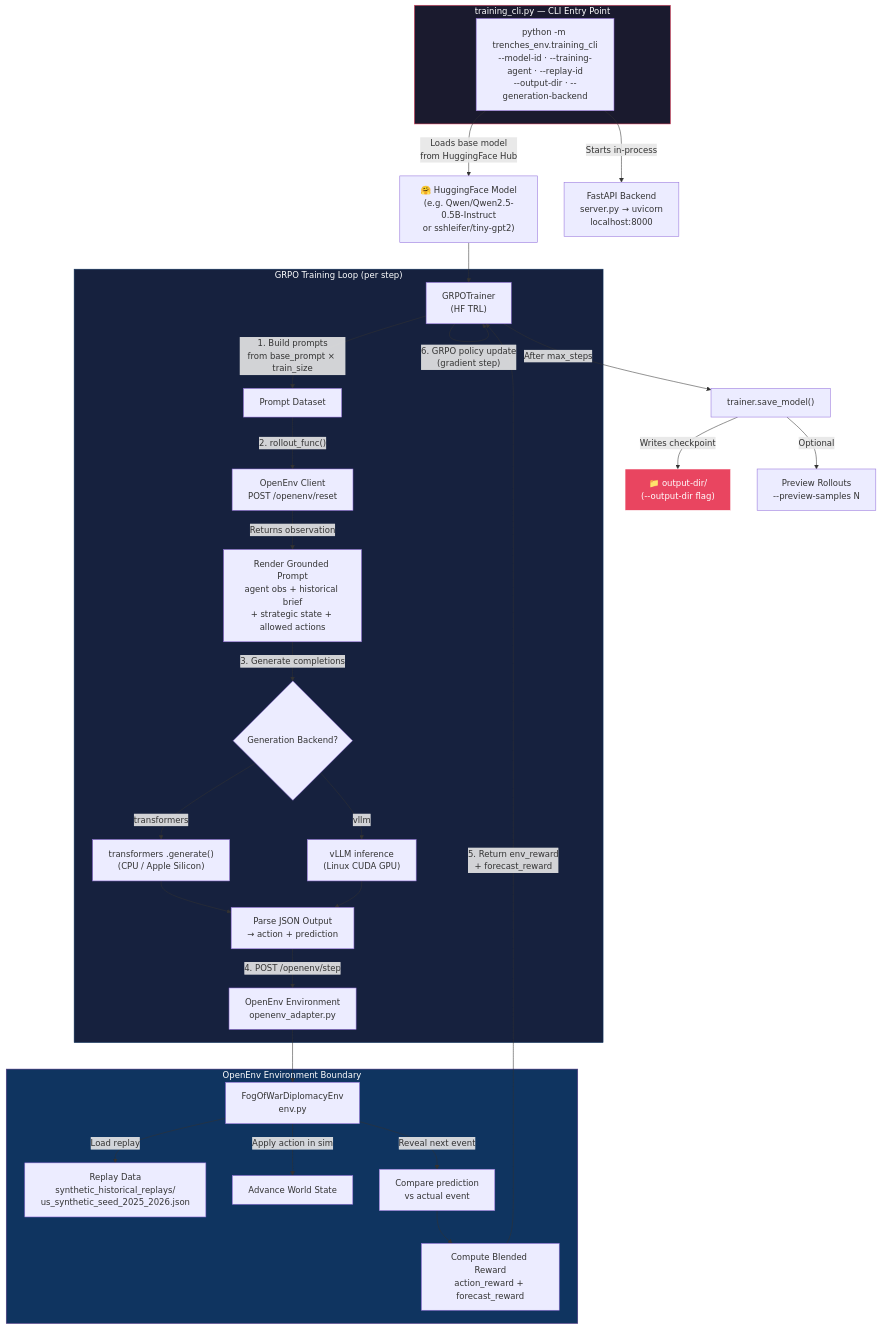
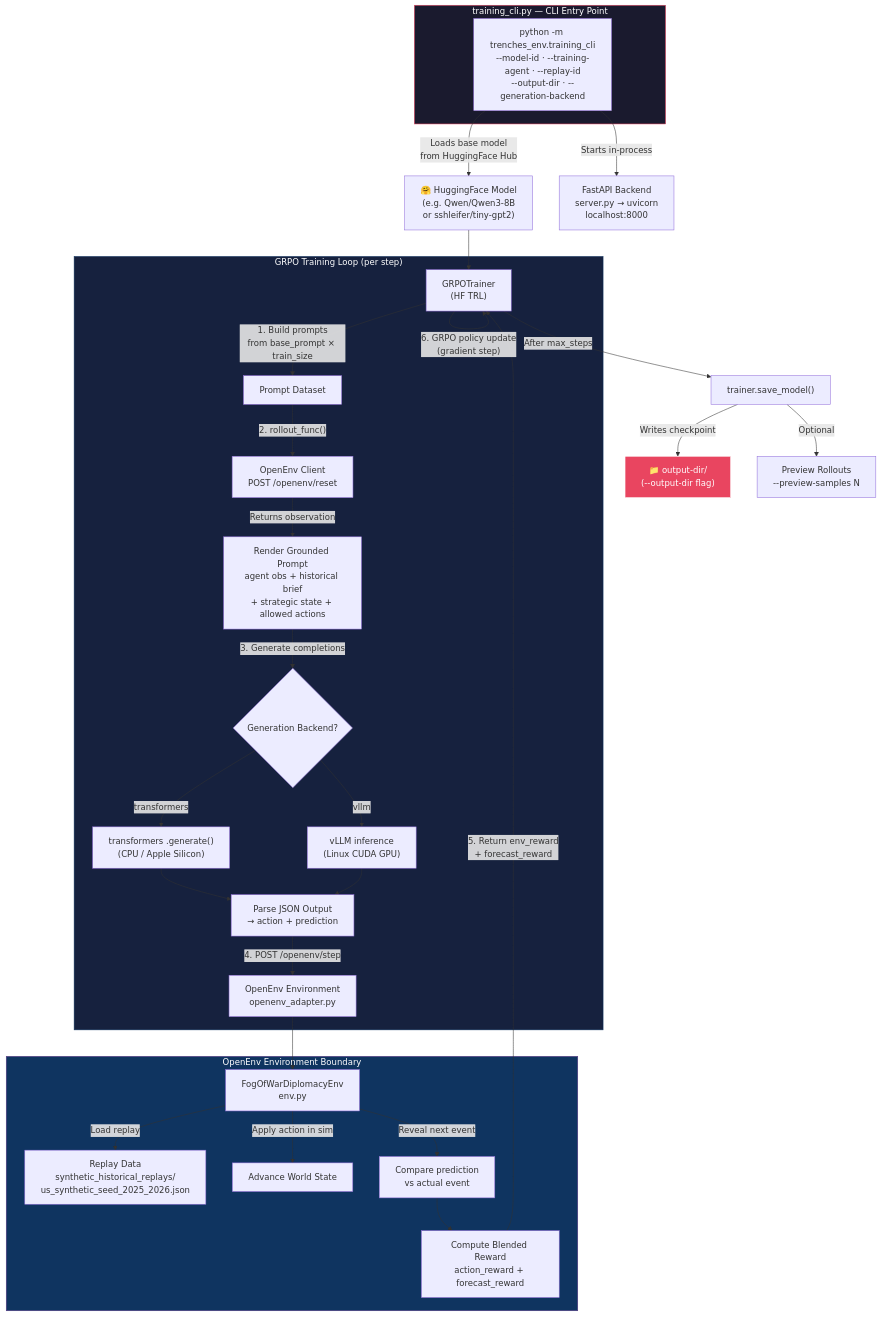
One commit to shlawgathon/trenches changed the first of 4 diagrams in backend/TRAINING_FLOW.md. Above: the diagram before and after it, drawn with Mermaid. The commit also changed 3 other files, not shown here.

````diff
--- a/backend/TRAINING_FLOW.md
+++ b/backend/TRAINING_FLOW.md
@@ -5,44 +5,44 @@
 ```mermaid
 flowchart TD
     subgraph CLI["training_cli.py — CLI Entry Point"]
         A["python -m trenches_env.training_cli<br/>--model-id · --training-agent · --replay-id<br/>--output-dir · --generation-backend"]
     end
 
-    A -->|"Loads base model<br/>from HuggingFace Hub"| B["🤗 HuggingFace Model<br/>(e.g. Qwen/Qwen2.5-0.5B-Instruct<br/>or sshleifer/tiny-gpt2)"]
+    A -->|"Loads base model<br/>from HuggingFace Hub"| B["🤗 HuggingFace Model<br/>(e.g. Qwen/Qwen3-8B<br/>or sshleifer/tiny-gpt2)"]
     A -->|"Starts in-process"| C["FastAPI Backend<br/>server.py → uvicorn<br/>localhost:8000"]
 
     B --> D["GRPOTrainer<br/>(HF TRL)"]
 
     subgraph GRPO["GRPO Training Loop (per step)"]
         D -->|"1. Build prompts<br/>from base_prompt × train_size"| E["Prompt Dataset"]
         E -->|"2. rollout_func()"| F["OpenEnv Client<br/>POST /openenv/reset"]
         F -->|"Returns observation"| G["Render Grounded Prompt<br/>agent obs + historical brief<br/>+ strategic state + allowed actions"]
         G -->|"3. Generate completions"| H{Generation Backend?}
         H -->|transformers| I["transformers .generate()<br/>(CPU / Apple Silicon)"]
         H -->|vllm| J["vLLM inference<br/>(Linux CUDA GPU)"]
         I --> K["Parse JSON Output<br/>→ action + prediction"]
         J --> K
         K -->|"4. POST /openenv/step"| L["OpenEnv Environment<br/>openenv_adapter.py"]
     end
 
     subgraph ENV["OpenEnv Environment Boundary"]
         L --> M["FogOfWarDiplomacyEnv<br/>env.py"]
         M -->|"Load replay"| N["Replay Data<br/>synthetic_historical_replays/<br/>us_synthetic_seed_2025_2026.json"]
         M -->|"Apply action in sim"| O["Advance World State"]
         M -->|"Reveal next event"| P["Compare prediction<br/>vs actual event"]
         P --> Q["Compute Blended Reward<br/>action_reward + forecast_reward"]
     end
 
     Q -->|"5. Return env_reward<br/>+ forecast_reward"| D
     D -->|"6. GRPO policy update<br/>(gradient step)"| D
 
     D -->|"After max_steps"| R["trainer.save_model()"]
     R -->|"Writes checkpoint"| S["📁 output-dir/<br/>(--output-dir flag)"]
 
     R -->|"Optional"| T["Preview Rollouts<br/>--preview-samples N"]
 
     style CLI fill:#1a1a2e,stroke:#e94560,color:#fff
     style GRPO fill:#16213e,stroke:#0f3460,color:#fff
     style ENV fill:#0f3460,stroke:#533483,color:#fff
     style S fill:#e94560,stroke:#fff,color:#fff
 ```
````
